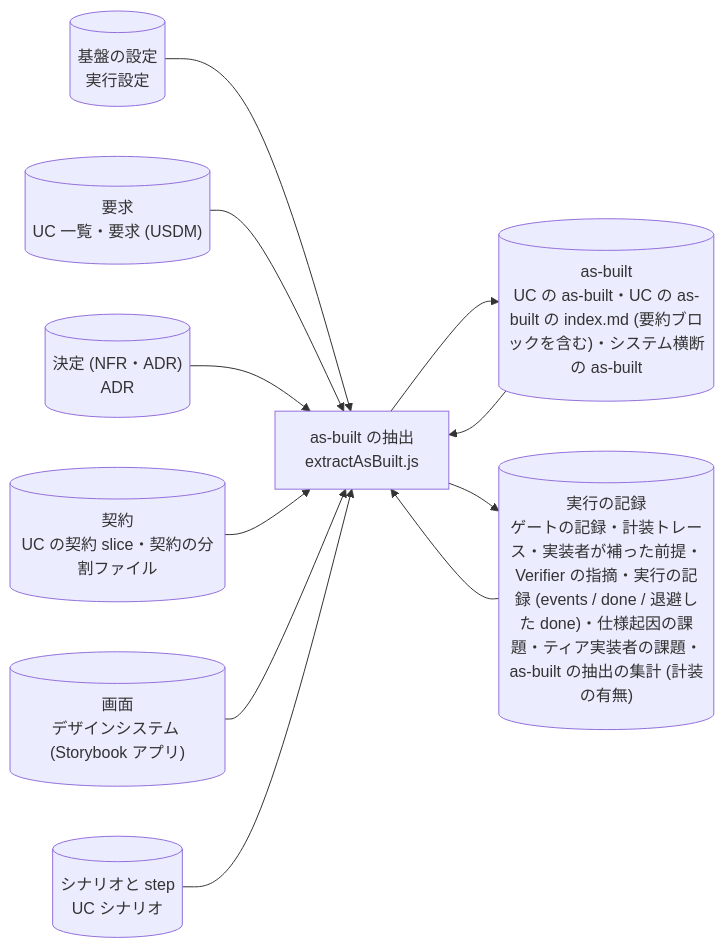
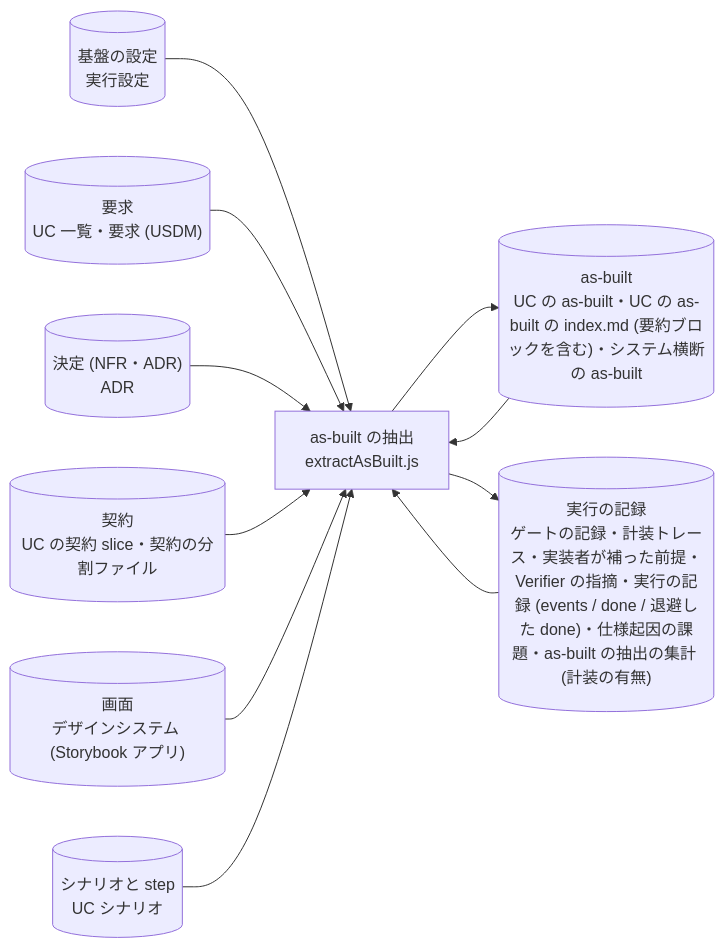
Diagram 28 of 53 in plugins/distillery2/skills/d2-common/references/dataflow.md (suwa-sh/suwa-sh-claude-plugins), drawn with Mermaid before and after one commit. The commit also changed other lines of this file and 19 other files, not shown here.

````diff
--- a/plugins/distillery2/skills/d2-common/references/dataflow.md
+++ b/plugins/distillery2/skills/d2-common/references/dataflow.md
@@ -726,22 +748,22 @@
 ```mermaid
 flowchart LR
   p_asbuilt_extract["as-built の抽出<br/>extractAsBuilt.js"]
   g_settings[("基盤の設定<br/>実行設定")]
   g_requirements[("要求<br/>UC 一覧・要求 (USDM)")]
   g_decisions[("決定 (NFR・ADR)<br/>ADR")]
-  g_run[("実行の記録<br/>ゲートの記録・計装トレース・実装者が補った前提・Verifier の指摘・実行の記録 (events / done / 退避した done)・仕様起因の課題・ティア実装者の課題・as-built の抽出の集計 (計装の有無)")]
+  g_run[("実行の記録<br/>ゲートの記録・計装トレース・実装者が補った前提・Verifier の指摘・実行の記録 (events / done / 退避した done)・仕様起因の課題・as-built の抽出の集計 (計装の有無)")]
   g_contracts[("契約<br/>UC の契約 slice・契約の分割ファイル")]
   g_design[("画面<br/>デザインシステム (Storybook アプリ)")]
   g_scenarios[("シナリオと step<br/>UC シナリオ")]
   g_asbuilt[("as-built<br/>UC の as-built・UC の as-built の index.md (要約ブロックを含む)・システム横断の as-built")]
   g_settings --> p_asbuilt_extract
   g_requirements --> p_asbuilt_extract
   g_decisions --> p_asbuilt_extract
   g_run --> p_asbuilt_extract
   g_contracts --> p_asbuilt_extract
   g_design --> p_asbuilt_extract
   g_scenarios --> p_asbuilt_extract
   g_asbuilt --> p_asbuilt_extract
   p_asbuilt_extract --> g_asbuilt
   p_asbuilt_extract --> g_run
 ```
````
